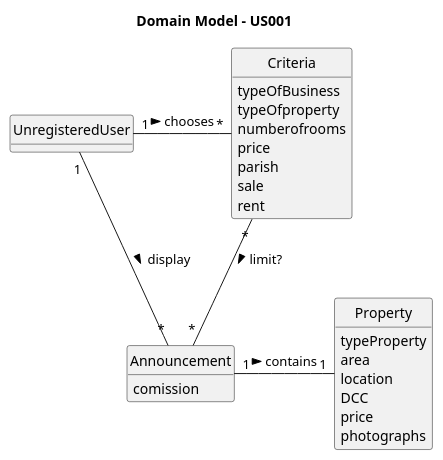
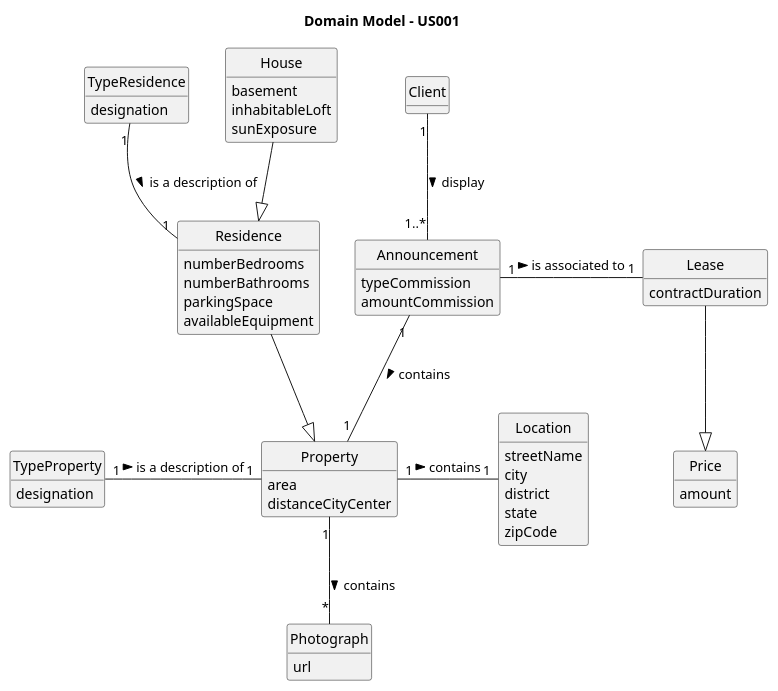
Before and after one commit to rita-barbosa/LAPR2-2223: the diagram in docs/sprintA/us001/02.analysis/puml/us001-domain-model.puml, drawn with PlantUML.

Commit message:
Update of US001 domain model.

```diff
--- a/docs/sprintA/us001/02.analysis/puml/us001-domain-model.puml
+++ b/docs/sprintA/us001/02.analysis/puml/us001-domain-model.puml
@@ -1,50 +1,80 @@
 @startuml
 skinparam monochrome true
 skinparam packageStyle rectangle
 skinparam shadowing false
 
 'left to right direction
 
 skinparam classAttributeIconSize 0
 
 hide circle
 hide methods
 
 title Domain Model - US001
 
-class UnregisteredUser{
-}
+class Client{}
 
 class Announcement {
-    comission
+    typeCommission
+    amountCommission
 }
 
 class Property{
-    typeProperty
-    area
-    location
-    DCC
-    price
-    photographs
+      area
+      distanceCityCenter
 }
 
-class Criteria{
-    typeOfBusiness
-    typeOfproperty
-    numberofrooms
-    price
-    parish
-    sale
-    rent
-
+class Price{
+amount
 }
 
-UnregisteredUser "1" - "*" Announcement: display >
-UnregisteredUser "1" - "*" Criteria: chooses >
-Announcement "1" - "1" Property: contains >
-Criteria "*" -- "*" Announcement: limit? >
+class Lease{
+contractDuration
+}
 
-'se criteria part again
+class Location{
+streetName
+city
+district
+state
+zipCode
+}
+
+class TypeProperty{
+designation
+}
+
+class TypeResidence{
+designation
+}
+
+class Photograph{
+url
+}
+
+class House{
+ basement
+ inhabitableLoft
+ sunExposure
+}
+
+class Residence{
+ numberBedrooms
+ numberBathrooms
+ parkingSpace
+availableEquipment
+}
 
 
+Client "1" -- "1..*" Announcement: display >
+Announcement "1" -- "1" Property: contains >
+Announcement "1" - "1" Lease: is associated to >
+Residence  --|>  Property
+House --|> Residence
+TypeProperty "1" - "1" Property: is a description of >
+TypeResidence "1" -- "1" Residence: is a description of >
+Property "1" - "1" Location: contains >
+Property "1" -- "*" Photograph: contains >
+Price <|-up- Lease
+
 @enduml
```
